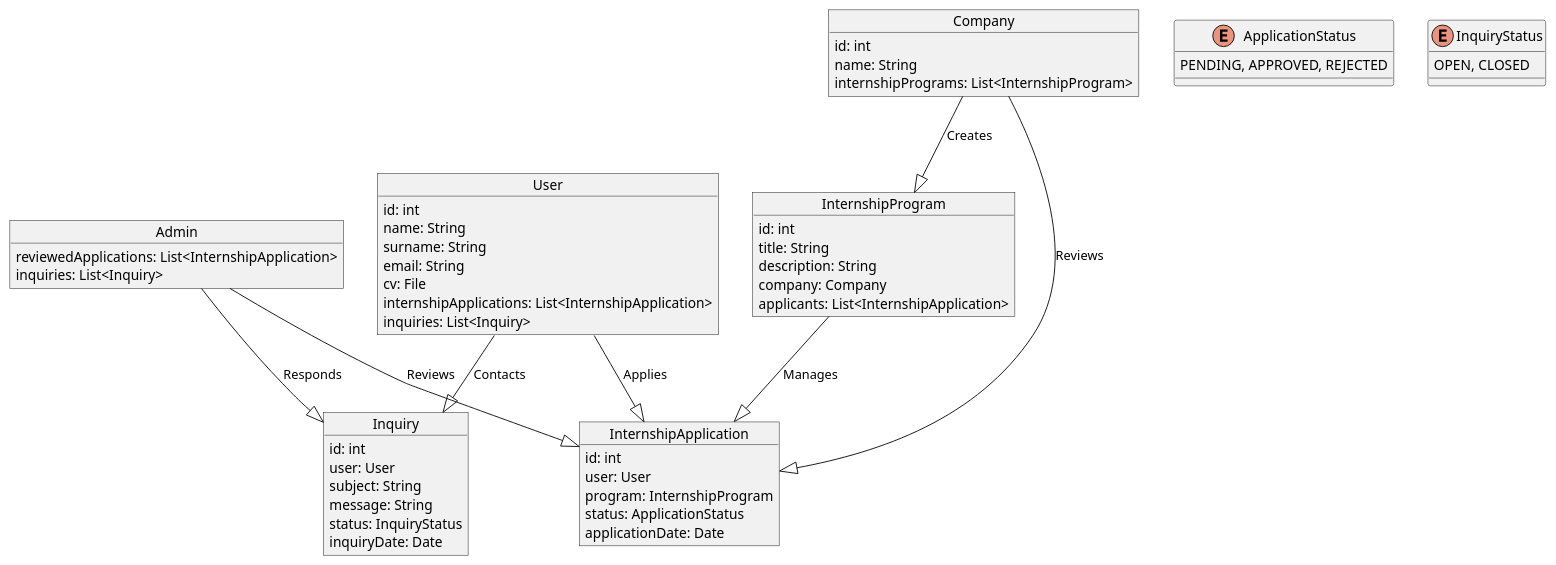
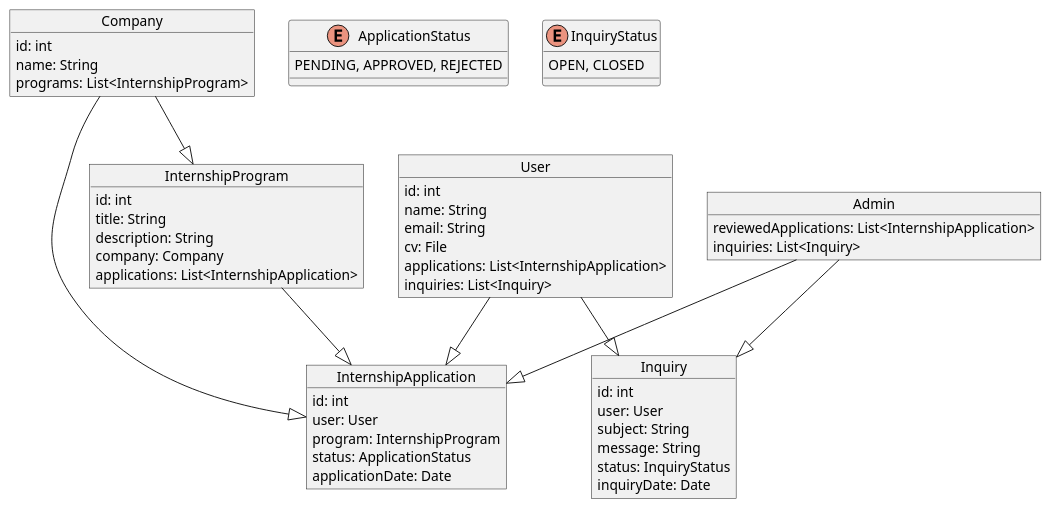
The diagram in src/UML/Structure/Object.wsd (XRRRA/Internwise), drawn with PlantUML before and after one commit. The commit also changed 5 other files, not shown here.

Commit message:
Remade all the UML diagrams

```diff
--- a/src/UML/Structure/Object.wsd
+++ b/src/UML/Structure/Object.wsd
@@ -1,63 +1,63 @@
 @startuml object
+
 object User {
   id: int
   name: String
-  surname: String
   email: String
   cv: File
-  internshipApplications: List<InternshipApplication>
+  applications: List<InternshipApplication>
   inquiries: List<Inquiry>
 }
 
 object Admin {
   reviewedApplications: List<InternshipApplication>
   inquiries: List<Inquiry>
 }
 
 object Company {
   id: int
   name: String
-  internshipPrograms: List<InternshipProgram>
+  programs: List<InternshipProgram>
 }
 
 object InternshipProgram {
   id: int
   title: String
   description: String
   company: Company
-  applicants: List<InternshipApplication>
+  applications: List<InternshipApplication>
 }
 
 object InternshipApplication {
   id: int
   user: User
   program: InternshipProgram
   status: ApplicationStatus
   applicationDate: Date
 }
 
 object Inquiry {
   id: int
   user: User
   subject: String
   message: String
   status: InquiryStatus
   inquiryDate: Date
 }
 
 enum ApplicationStatus {
-  PENDING, APPROVED, REJECTED
+    PENDING, APPROVED, REJECTED
+    }
+
+enum InquiryStatus {
+    OPEN, CLOSED
 }
 
-enum InquiryStatus {
-  OPEN, CLOSED
-}
-
-User --|> InternshipApplication : Applies
-User --|> Inquiry : Contacts
-Admin --|> InternshipApplication : Reviews
-Admin --|> Inquiry : Responds
-Company --|> InternshipProgram : Creates
-Company --|> InternshipApplication : Reviews
-InternshipProgram --|> InternshipApplication : Manages
+User --|> InternshipApplication
+User --|> Inquiry
+Admin --|> InternshipApplication
+Admin --|> Inquiry
+Company --|> InternshipProgram
+Company --|> InternshipApplication
+InternshipProgram --|> InternshipApplication
 @enduml
```
